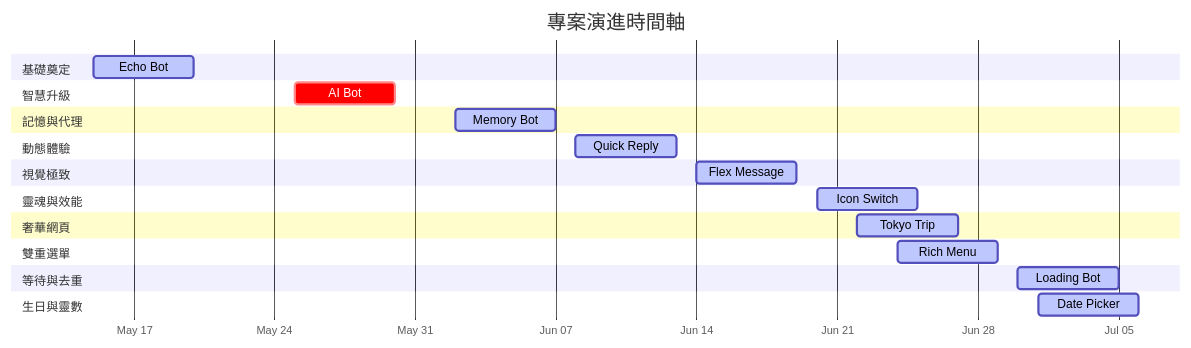
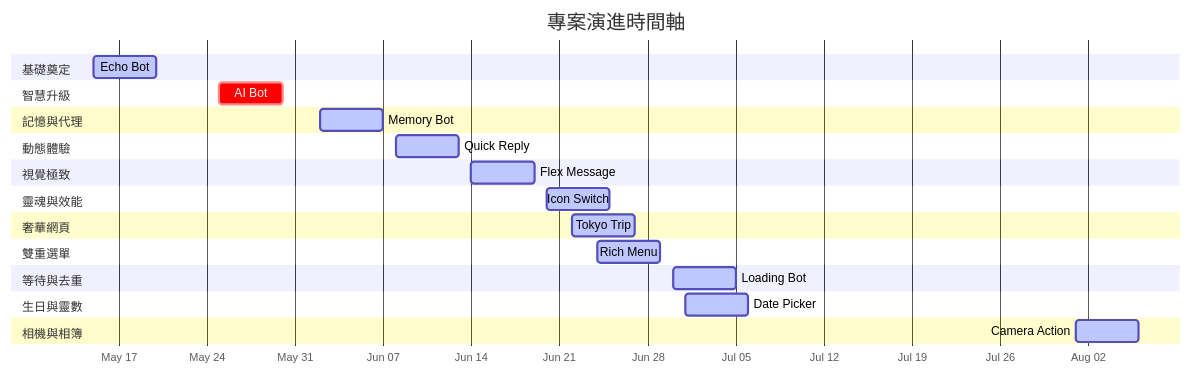
The diagram in README.md (zonawang/zona-ai-learning-lab), drawn with Mermaid before and after one commit. The commit also changed other lines of this file, not shown here.

Commit message:
docs: add 第十一站 (Camera Action Bot) and Medium article link to AI Learning Lab timeline

````diff
--- a/README.md
+++ b/README.md
@@ -11,36 +11,39 @@
 ```mermaid
 gantt
     title 專案演進時間軸
     dateFormat  YYYY-MM-DD
     axisFormat  %b %d
     
     section 基礎奠定
     Echo Bot :active, p1, 2026-05-15, 5d
     
     section 智慧升級
     AI Bot :crit, p2, 2026-05-25, 5d
     
     section 記憶與代理
     Memory Bot :active, p3, 2026-06-02, 5d
     
     section 動態體驗
     Quick Reply :active, p4, 2026-06-08, 5d
     
     section 視覺極致
     Flex Message :active, p5, 2026-06-14, 5d
     
     section 靈魂與效能
     Icon Switch :active, p6, 2026-06-20, 5d
     
     section 奢華網頁
     Tokyo Trip :active, p7, 2026-06-22, 5d
     
     section 雙重選單
     Rich Menu :active, p8, 2026-06-24, 5d
     
     section 等待與去重
     Loading Bot :active, p9, 2026-06-30, 5d
     
     section 生日與靈數
     Date Picker :active, p10, 2026-07-01, 5d
+    
+    section 相機與相簿
+    Camera Action :active, p11, 2026-08-01, 5d
 ```
````
